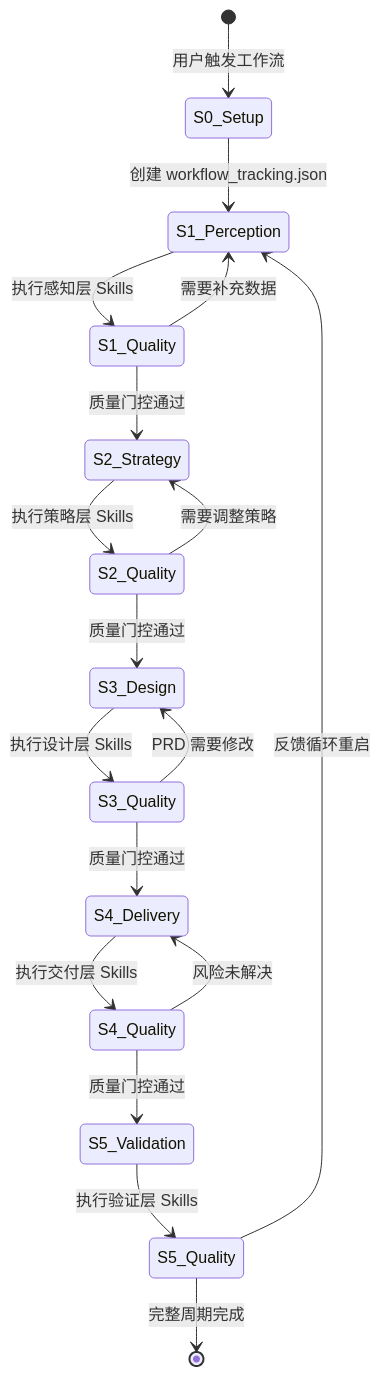
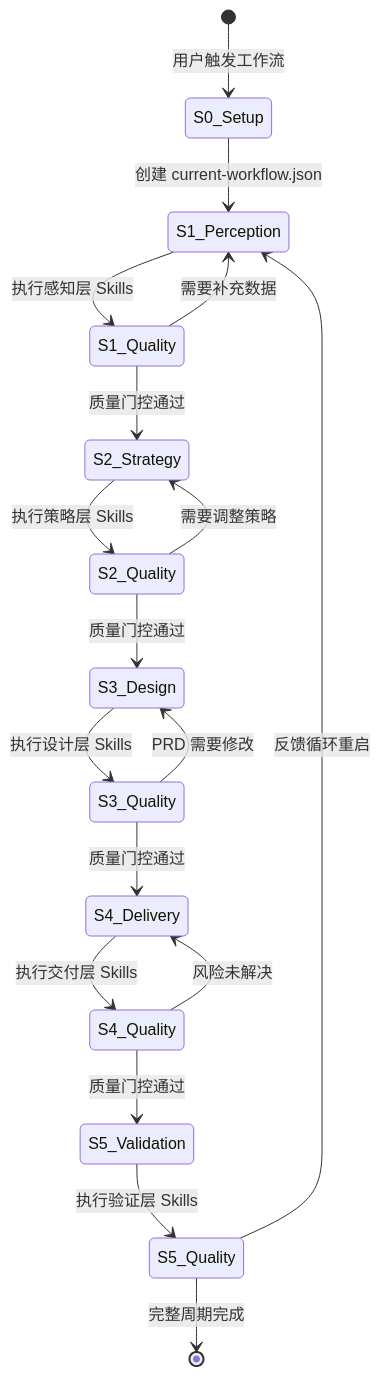
One commit to kelegele/oh-my-pm changed the eighth of 9 diagrams in docs/architecture/workflow-architecture.md. Above: the diagram before and after it, drawn with Mermaid. The commit also changed other lines of this file and 9 other files, not shown here.

````diff
--- a/docs/architecture/workflow-architecture.md
+++ b/docs/architecture/workflow-architecture.md
@@ -282,30 +282,30 @@
 ```mermaid
 stateDiagram-v2
     [*] --> S0_Setup: 用户触发工作流
-    S0_Setup --> S1_Perception: 创建 workflow_tracking.json
+    S0_Setup --> S1_Perception: 创建 current-workflow.json
     S1_Perception --> S1_Quality: 执行感知层 Skills
     S1_Quality --> S2_Strategy: 质量门控通过
     S1_Quality --> S1_Perception: 需要补充数据
 
     S2_Strategy --> S2_Quality: 执行策略层 Skills
     S2_Quality --> S3_Design: 质量门控通过
     S2_Quality --> S2_Strategy: 需要调整策略
 
     S3_Design --> S3_Quality: 执行设计层 Skills
     S3_Quality --> S4_Delivery: 质量门控通过
     S3_Quality --> S3_Design: PRD 需要修改
 
     S4_Delivery --> S4_Quality: 执行交付层 Skills
     S4_Quality --> S5_Validation: 质量门控通过
     S4_Quality --> S4_Delivery: 风险未解决
 
     S5_Validation --> S5_Quality: 执行验证层 Skills
     S5_Quality --> [*]: 完整周期完成
     S5_Quality --> S1_Perception: 反馈循环重启
 
     state S1_Quality <<choice>>
     state S2_Quality <<choice>>
     state S3_Quality <<choice>>
     state S4_Quality <<choice>>
     state S5_Quality <<choice>>
 ```
````
